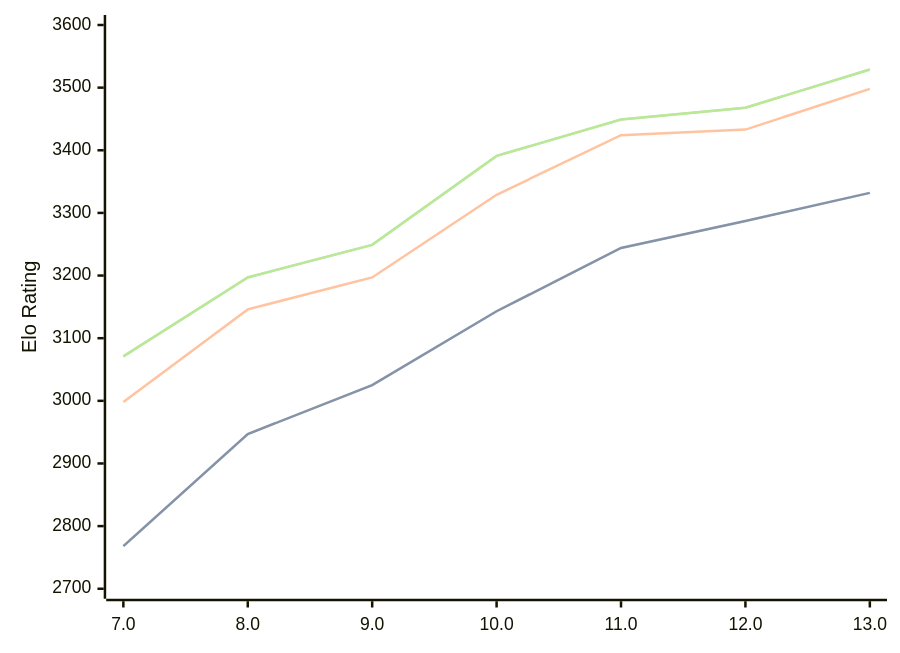
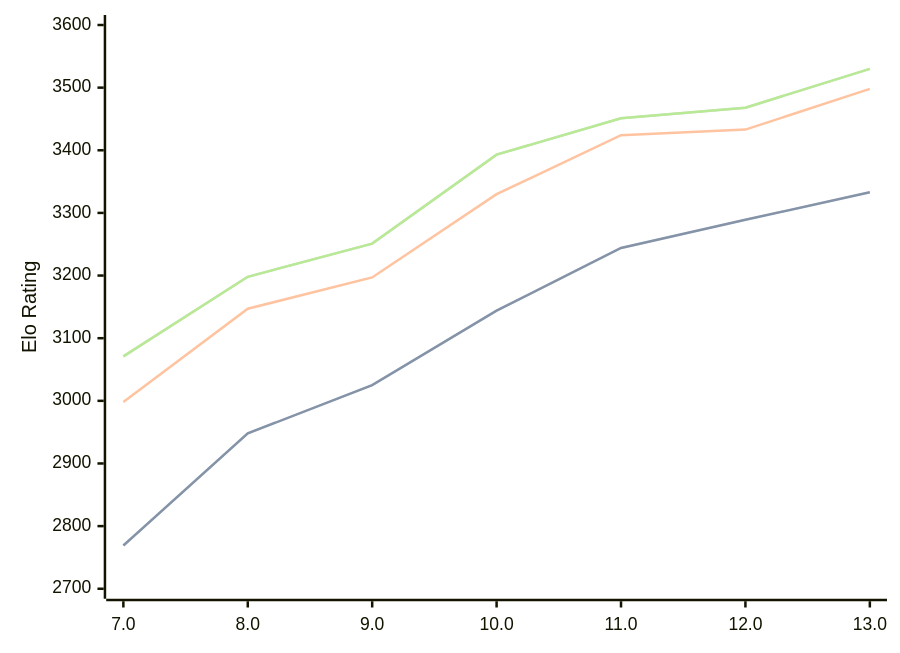
One commit to computer-chess-index/cci changed the diagram in engines/Tcheran.md. Above: the diagram before and after it, drawn with Mermaid. The commit also changed other lines of this file, not shown here.

Commit message:
Update CCI Ratings (ELO VLTC) - 2026-09-16

````diff
--- a/engines/Tcheran.md
+++ b/engines/Tcheran.md
@@ -37,11 +37,11 @@
 ```mermaid
 %%{init: {"theme":"base","themeVariables":{"seriesColors:['#a3a3a3','#222221','#faa371']}}}%%
 xychart-beta
   x-axis ["7.0", "8.0", "9.0", "10.0", "11.0", "12.0", "13.0"]
   y-axis "Elo Rating" 2700 --> 3600
-  line "" [2768, 2947, 3025, 3143, 3244, 3287, 3332]
-  line "STC (8.0+0.08s)" [2768, 2947, 3025, 3143, 3244, 3287, 3332]
-  line "LTC (60.0+0.60s)" [2998, 3146, 3197, 3329, 3424, 3433, 3498]
-  line "" [3071, 3197, 3249, 3391, 3449, 3468, 3529]
-  line "VLTC (2m24s+1.12s)" [3071, 3197, 3249, 3391, 3449, 3468, 3529]
+  line "" [2769, 2948, 3025, 3144, 3244, 3289, 3333]
+  line "STC (8.0+0.08s)" [2769, 2948, 3025, 3144, 3244, 3289, 3333]
+  line "LTC (60.0+0.60s)" [2998, 3147, 3197, 3330, 3424, 3433, 3498]
+  line "" [3071, 3198, 3251, 3393, 3451, 3468, 3530]
+  line "VLTC (2m24s+1.12s)" [3071, 3198, 3251, 3393, 3451, 3468, 3530]
 ```
````
